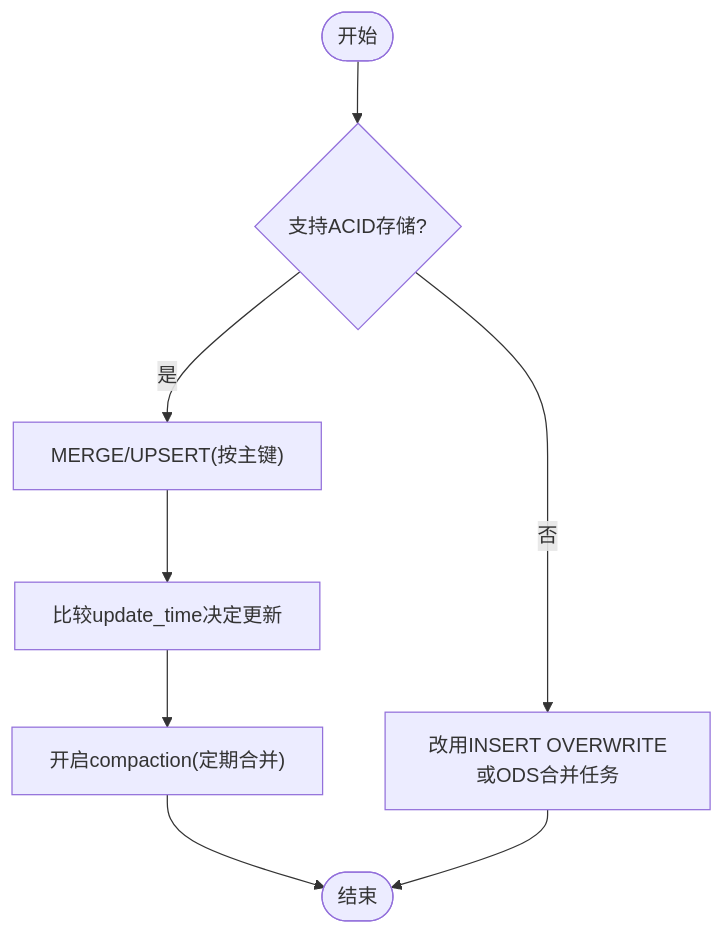
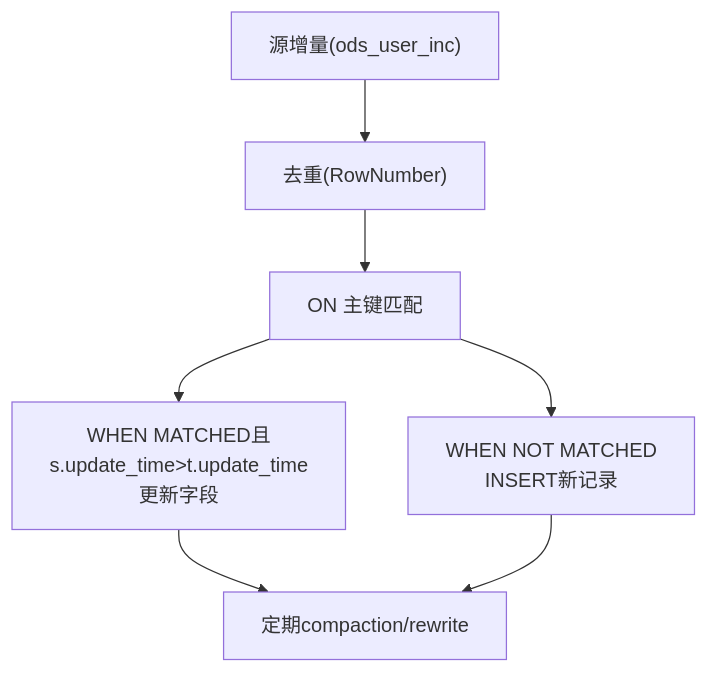
The fifth of 12 diagrams in .qoder/repowiki/zh/content/知识库系统/ETL模式库.md (13679659643/Data_Warehouse_Engineering), drawn with Mermaid before and after one commit. The commit also changed other lines of this file and 88 other files, not shown here.

````diff
--- a/.qoder/repowiki/zh/content/知识库系统/ETL模式库.md
+++ b/.qoder/repowiki/zh/content/知识库系统/ETL模式库.md
@@ -218,10 +220,9 @@
 ```mermaid
 flowchart TD
-Start(["开始"]) --> CheckACID{"支持ACID存储?"}
-CheckACID --> |否| Fallback["改用INSERT OVERWRITE或ODS合并任务"]
-CheckACID --> |是| Upsert["MERGE/UPSERT(按主键)"]
-Upsert --> CompareTime["比较update_time决定更新"]
-CompareTime --> Compaction["开启compaction(定期合并)"]
-Compaction --> End(["结束"])
-Fallback --> End
+S["源增量(ods_user_inc)"] --> Dedup["去重(RowNumber)"]
+Dedup --> Match["ON 主键匹配"]
+Match --> Update["WHEN MATCHED且s.update_time>t.update_time<br/>更新字段"]
+Match --> Insert["WHEN NOT MATCHED<br/>INSERT新记录"]
+Update --> Compact["定期compaction/rewrite"]
+Insert --> Compact
 ```
````
